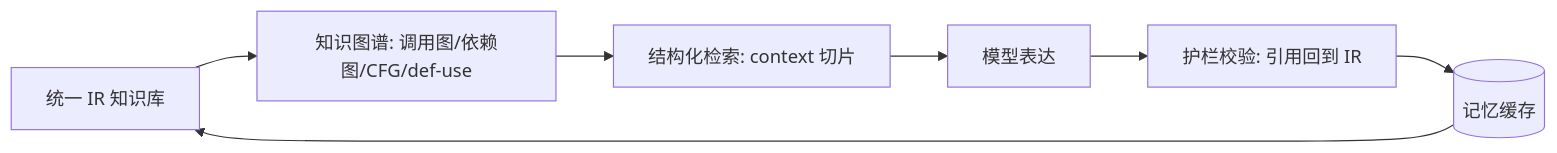
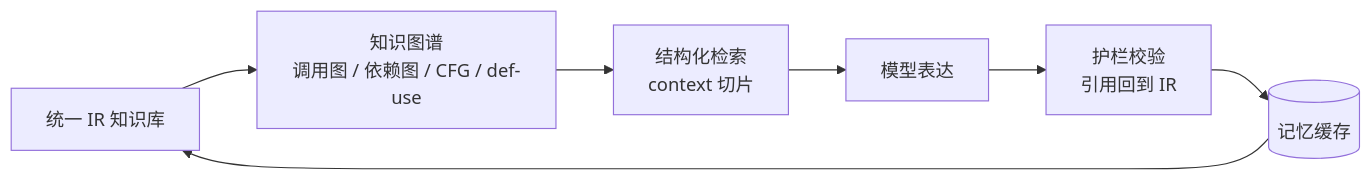
The second of 2 diagrams in docs/slides/slides.md (kane0204/CodeLens), drawn with Mermaid before and after one commit. The commit also changed other lines of this file and 5 other files, not shown here.

````diff
--- a/docs/slides/slides.md
+++ b/docs/slides/slides.md
@@ -132,9 +184,9 @@
 ```mermaid
 flowchart LR
-IR[统一 IR 知识库] --> G[知识图谱: 调用图/依赖图/CFG/def-use]
-G --> R[结构化检索: context 切片]
+IR[统一 IR 知识库] --> G[知识图谱<br/>调用图 / 依赖图 / CFG / def-use]
+G --> R[结构化检索<br/>context 切片]
 R --> M[模型表达]
-M --> V[护栏校验: 引用回到 IR]
+M --> V[护栏校验<br/>引用回到 IR]
 V --> MEM[(记忆缓存)]
 MEM --> IR
 ```
````
